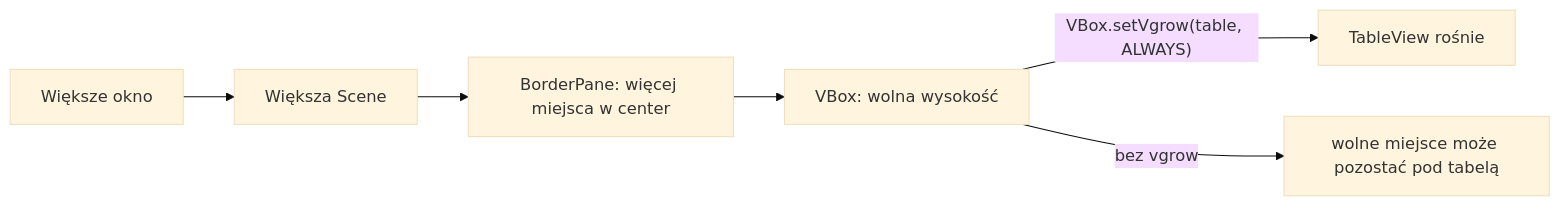
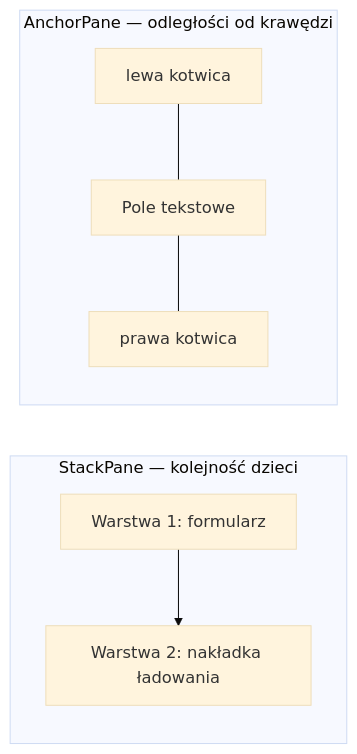
One commit to wgalka/PO2-Java changed the eighth of 12 diagrams in 2026-2027/lab2/README.md. Above: the diagram before and after it, drawn with Mermaid (base theme). The commit also changed other lines of this file and 12 other files, not shown here.

````diff
--- a/2026-2027/lab2/README.md
+++ b/2026-2027/lab2/README.md
@@ -192,8 +437,9 @@
 ```mermaid
 flowchart LR
-    A["Większe okno"] --> B["Większa Scene"]
-    B --> C["BorderPane: więcej miejsca w center"]
-    C --> D["VBox: wolna wysokość"]
-    D -->|"VBox.setVgrow(table, ALWAYS)"| E["TableView rośnie"]
-    D -->|"bez vgrow"| F["wolne miejsce może pozostać pod tabelą"]
+    subgraph stack["StackPane — kolejność dzieci"]
+        D["Warstwa 1: formularz"] --> O["Warstwa 2: nakładka ładowania"]
+    end
+    subgraph anchors["AnchorPane — odległości od krawędzi"]
+        L["lewa kotwica"] --- F[Pole tekstowe] --- R["prawa kotwica"]
+    end
 ```
````
